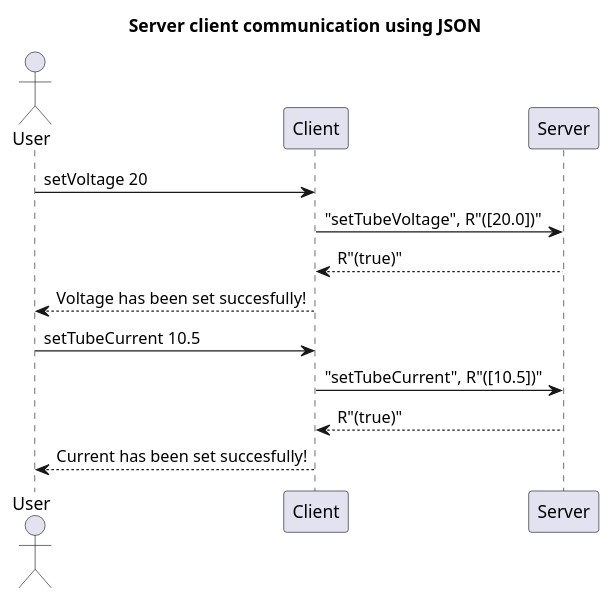
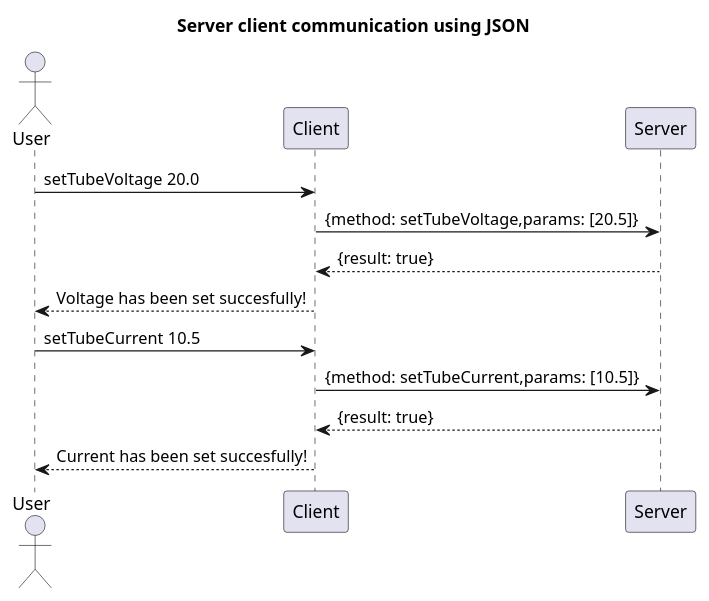
The second of 4 diagrams in workshop/doc/workshop.md (a-kuntz/JsonRPC), drawn with PlantUML before and after one commit. The commit also changed 1 other file, not shown here.

Commit message:
prioritize issues, add user story, spelling

````diff
--- a/workshop/doc/workshop.md
+++ b/workshop/doc/workshop.md
@@ -45,14 +45,14 @@
 ```plantuml
 @startuml
 title Server client communication using JSON
 actor User
-User -> Client: setVoltage 20
-Client -> Server: "setTubeVoltage", R"([20.0])"
-Server --> Client: R"(true)"
+User -> Client: setTubeVoltage 20.0
+Client -> Server: {method: setTubeVoltage,params: [20.5]}
+Server --> Client: {result: true}
 Client --> User: Voltage has been set succesfully!
 User -> Client: setTubeCurrent 10.5
-Client -> Server: "setTubeCurrent", R"([10.5])"
-Server --> Client: R"(true)"
+Client -> Server: {method: setTubeCurrent,params: [10.5]}
+Server --> Client: {result: true}
 Client --> User: Current has been set succesfully!
 @enduml
 ```
````
